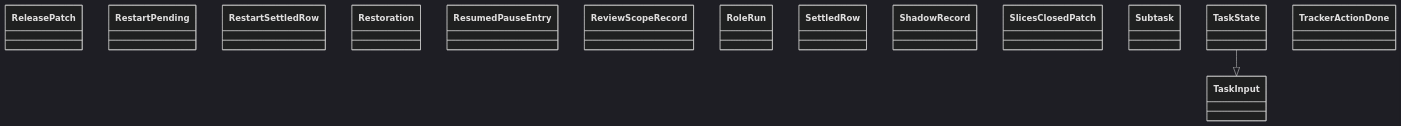
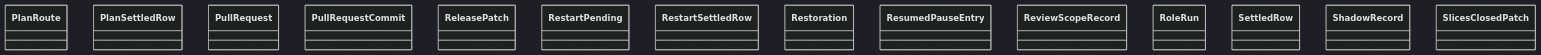
Before and after one commit to GonzaloZevallos/agentic-system: the diagram in docs/architecture/generated/classes-process-domain-state-7.md, drawn with Mermaid (dark theme). The commit also changed other lines of this file and 13 other files, not shown here.

````diff
--- a/docs/architecture/generated/classes-process-domain-state-7.md
+++ b/docs/architecture/generated/classes-process-domain-state-7.md
@@ -27,18 +27,17 @@
 ```mermaid
 classDiagram
+    class task__PlanRoute["PlanRoute"]
+    class task__PlanSettledRow["PlanSettledRow"]
+    class task__PullRequest["PullRequest"]
+    class task__PullRequestCommit["PullRequestCommit"]
     class task__ReleasePatch["ReleasePatch"]
     class task__RestartPending["RestartPending"]
     class task__RestartSettledRow["RestartSettledRow"]
     class task__Restoration["Restoration"]
     class task__ResumedPauseEntry["ResumedPauseEntry"]
     class task__ReviewScopeRecord["ReviewScopeRecord"]
     class task__RoleRun["RoleRun"]
     class task__SettledRow["SettledRow"]
     class task__ShadowRecord["ShadowRecord"]
     class task__SlicesClosedPatch["SlicesClosedPatch"]
-    class task__Subtask["Subtask"]
-    class task__TaskInput["TaskInput"]
-    class task__TaskState["TaskState"]
-    class task__TrackerActionDone["TrackerActionDone"]
-    task__TaskState --|> task__TaskInput
 ```
````
